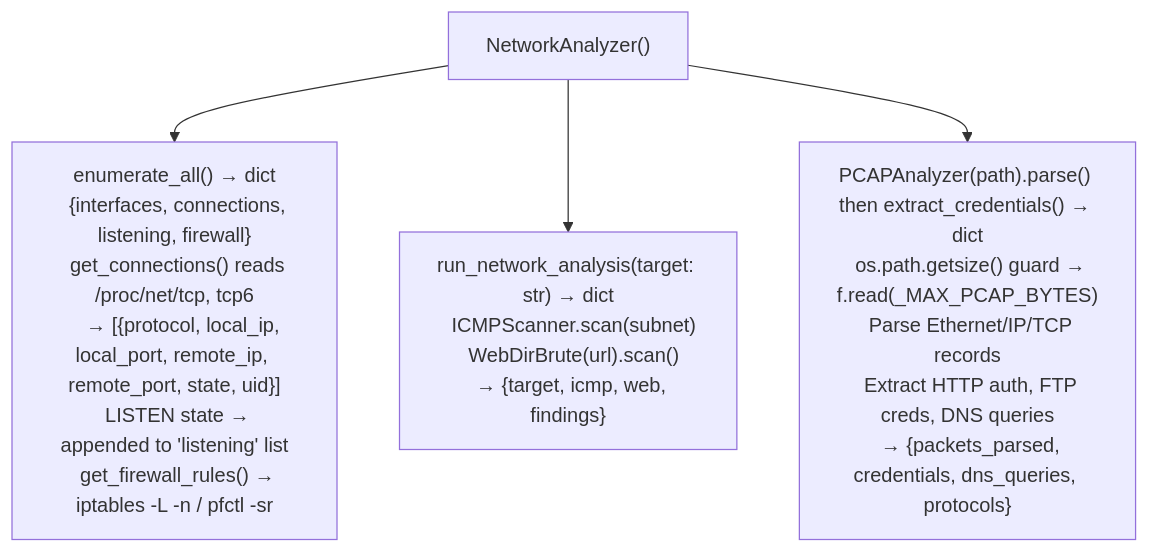
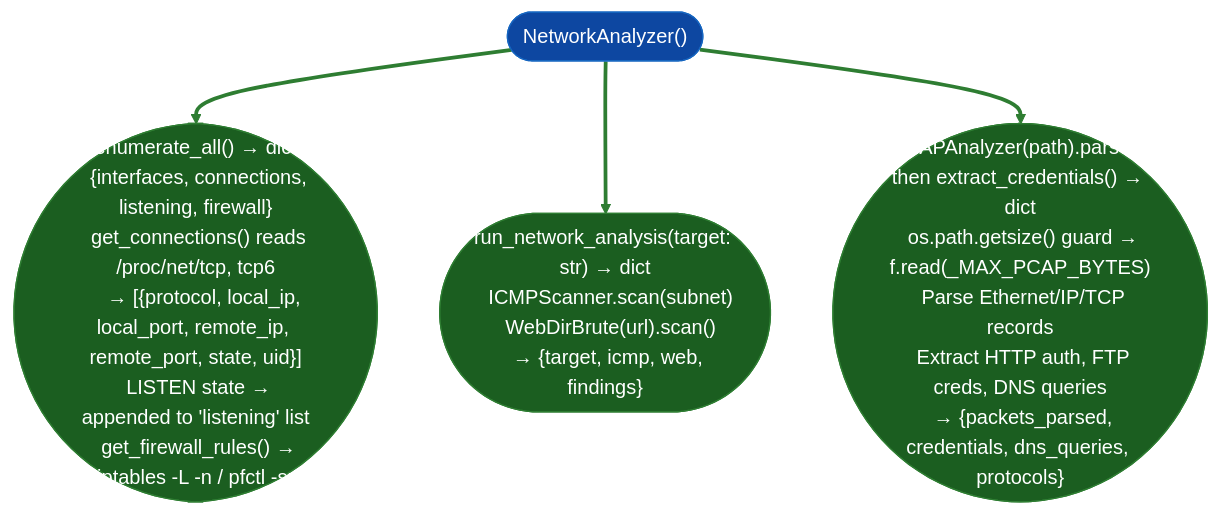
Before and after one commit to Ablation-Tool/ablation: the diagram in docs/reference-modules/network-analyze.md, drawn with Mermaid. The commit also changed 320 other files, not shown here.

First line of the commit message:
docs: apply canonical Mermaid template to all 321 diagrams

````diff
--- a/docs/reference-modules/network-analyze.md
+++ b/docs/reference-modules/network-analyze.md
@@ -29,6 +29,15 @@
 ```mermaid
 flowchart TD
-    A["NetworkAnalyzer()"] --> B["enumerate_all() → dict\n  {interfaces, connections, listening, firewall}\n  get_connections() reads /proc/net/tcp, tcp6\n    → [{protocol, local_ip, local_port, remote_ip, remote_port, state, uid}]\n  LISTEN state → appended to 'listening' list\n  get_firewall_rules() → iptables -L -n / pfctl -sr"]
-    A --> C["run_network_analysis(target: str) → dict\n  ICMPScanner.scan(subnet)\n  WebDirBrute(url).scan()\n  → {target, icmp, web, findings}"]
-    A --> D["PCAPAnalyzer(path).parse() then extract_credentials() → dict\n  os.path.getsize() guard → f.read(_MAX_PCAP_BYTES)\n  Parse Ethernet/IP/TCP records\n  Extract HTTP auth, FTP creds, DNS queries\n  → {packets_parsed, credentials, dns_queries, protocols}"]
+    A(["NetworkAnalyzer()"]):::input --> B(["enumerate_all() → dict\n  {interfaces, connections, listening, firewall}\n  get_connections() reads /proc/net/tcp, tcp6\n    → [{protocol, local_ip, local_port, remote_ip, remote_port, state, uid}]\n  LISTEN state → appended to 'listening' list\n  get_firewall_rules() → iptables -L -n / pfctl -sr"]):::output
+    A:::input --> C(["run_network_analysis(target: str) → dict\n  ICMPScanner.scan(subnet)\n  WebDirBrute(url).scan()\n  → {target, icmp, web, findings}"]):::output
+    A:::input --> D(["PCAPAnalyzer(path).parse() then extract_credentials() → dict\n  os.path.getsize() guard → f.read(_MAX_PCAP_BYTES)\n  Parse Ethernet/IP/TCP records\n  Extract HTTP auth, FTP creds, DNS queries\n  → {packets_parsed, credentials, dns_queries, protocols}"]):::output
+    classDef input     fill:#0d47a1,stroke:#1565c0,color:#fff
+    classDef primary   fill:#e65100,stroke:#bf360c,color:#fff
+    classDef secondary fill:#004d40,stroke:#00695c,color:#fff
+    classDef tertiary  fill:#4a148c,stroke:#6a1b9a,color:#fff
+    classDef neutral   fill:#37474f,stroke:#546e7a,color:#fff
+    classDef output    fill:#1b5e20,stroke:#2e7d32,color:#fff
+    linkStyle 0 stroke:#2e7d32,stroke-width:3px
+    linkStyle 1 stroke:#2e7d32,stroke-width:3px
+    linkStyle 2 stroke:#2e7d32,stroke-width:3px
 ```
````
